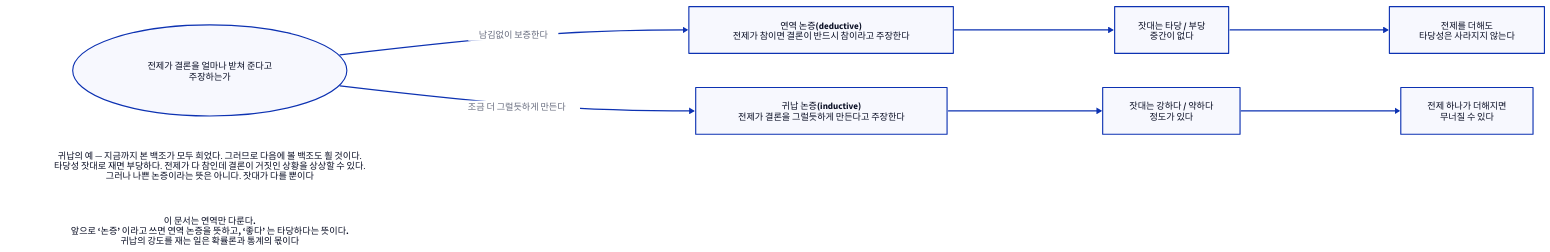
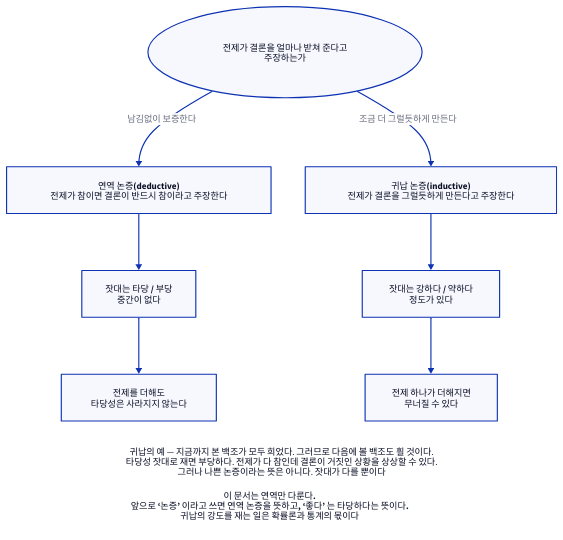
One commit to Dong-gi/Dong-gi.github.io changed the diagram in d2/logic/log-a-deduction-induction.d2. Above: the diagram before and after it, drawn with D2. The commit also changed 295 other files, not shown here.

```diff
--- a/d2/logic/log-a-deduction-induction.d2
+++ b/d2/logic/log-a-deduction-induction.d2
@@ -1,34 +1,44 @@
 # 연역과 귀납 — 논리학 3장.
 #
-# 무엇을 읽어야 하나: 두 갈래는 잣대가 다르다. 오른쪽 끝의 두 상자가 차이를 가장 잘 드러낸다.
+# 무엇을 읽어야 하나: 두 갈래는 잣대가 다르다. 갈래마다 마지막 상자(전제를 더하면)가 차이를 가장 잘 드러낸다.
 # 연역은 전제를 더해도 무너지지 않고, 귀납은 전제 하나가 더해지면 무너질 수 있다.
-direction: right
+direction: down
 
 주장: { label: "전제가 결론을 얼마나 받쳐 준다고\n주장하는가"; shape: oval; style.bold: true }
 
 연역: { label: "연역 논증(deductive)\n전제가 참이면 결론이 반드시 참이라고 주장한다"; style.bold: true }
 귀납: { label: "귀납 논증(inductive)\n전제가 결론을 그럴듯하게 만든다고 주장한다" }
 
 연역잣대: { label: "잣대는 타당 / 부당\n중간이 없다" }
 귀납잣대: { label: "잣대는 강하다 / 약하다\n정도가 있다" }
 
 연역단조: { label: "전제를 더해도\n타당성은 사라지지 않는다"; style.bold: true }
 귀납단조: { label: "전제 하나가 더해지면\n무너질 수 있다"; style.bold: true }
 
 주장 -> 연역: "남김없이 보증한다"
 주장 -> 귀납: "조금 더 그럴듯하게 만든다"
 연역 -> 연역잣대
 귀납 -> 귀납잣대
 연역잣대 -> 연역단조
 귀납잣대 -> 귀납단조
 
-예: {
-  label: "귀납의 예 — 지금까지 본 백조가 모두 희었다. 그러므로 다음에 볼 백조도 흴 것이다.\n타당성 잣대로 재면 부당하다. 전제가 다 참인데 결론이 거짓인 상황을 상상할 수 있다.\n그러나 나쁜 논증이라는 뜻은 아니다. 잣대가 다를 뿐이다"
-  shape: text
+# 글상자 둘은 그림 아래에 차례로 쌓는다(옆에 두면 폭이 몇 배가 된다).
+주석: {
+  label: ""
+  near: bottom-center
+  grid-columns: 1
+  grid-gap: 24
+  style.stroke: transparent
+  style.fill: transparent
+
+  예: {
+    label: "귀납의 예 — 지금까지 본 백조가 모두 희었다. 그러므로 다음에 볼 백조도 흴 것이다.\n타당성 잣대로 재면 부당하다. 전제가 다 참인데 결론이 거짓인 상황을 상상할 수 있다.\n그러나 나쁜 논증이라는 뜻은 아니다. 잣대가 다를 뿐이다"
+    shape: text
+  }
+
+  범위: {
+    label: "이 문서는 연역만 다룬다.\n앞으로 ‘논증’ 이라고 쓰면 연역 논증을 뜻하고, ‘좋다’ 는 타당하다는 뜻이다.\n귀납의 강도를 재는 일은 확률론과 통계의 몫이다"
+    shape: text
+    style.bold: true
+  }
 }
-
-범위: {
-  label: "이 문서는 연역만 다룬다.\n앞으로 ‘논증’ 이라고 쓰면 연역 논증을 뜻하고, ‘좋다’ 는 타당하다는 뜻이다.\n귀납의 강도를 재는 일은 확률론과 통계의 몫이다"
-  shape: text
-  style.bold: true
-}
```
